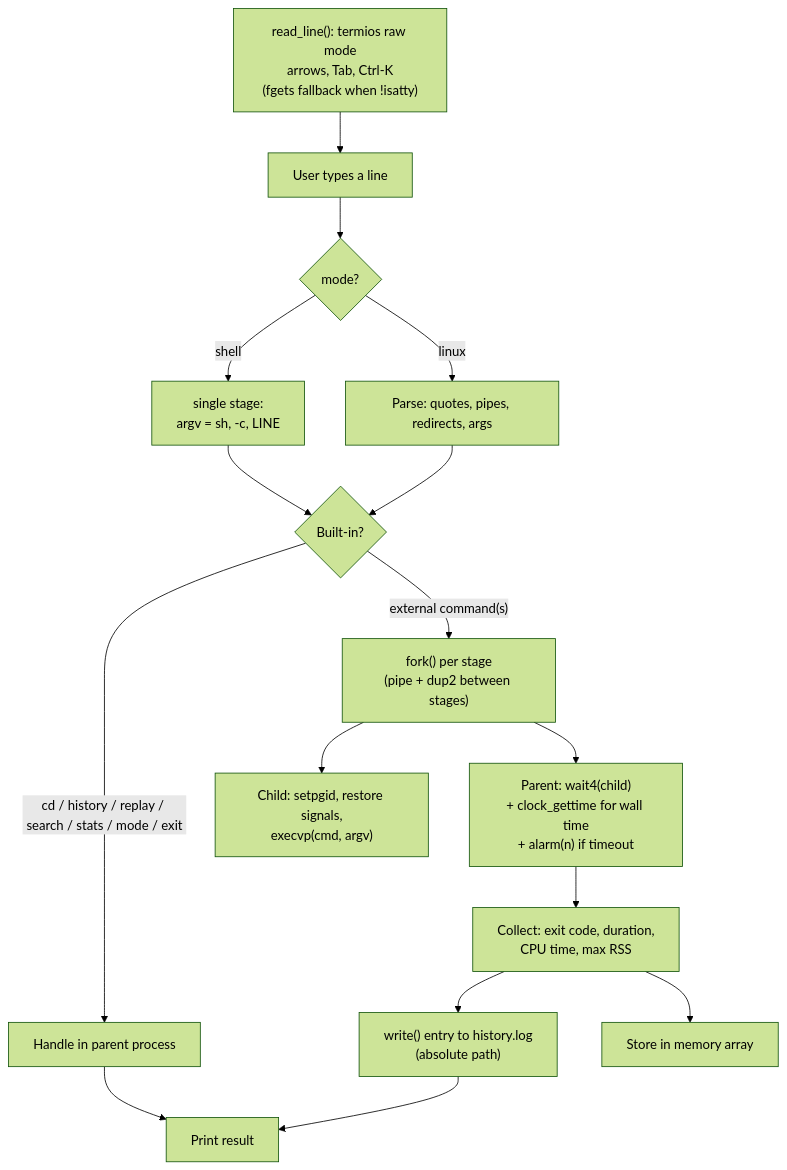
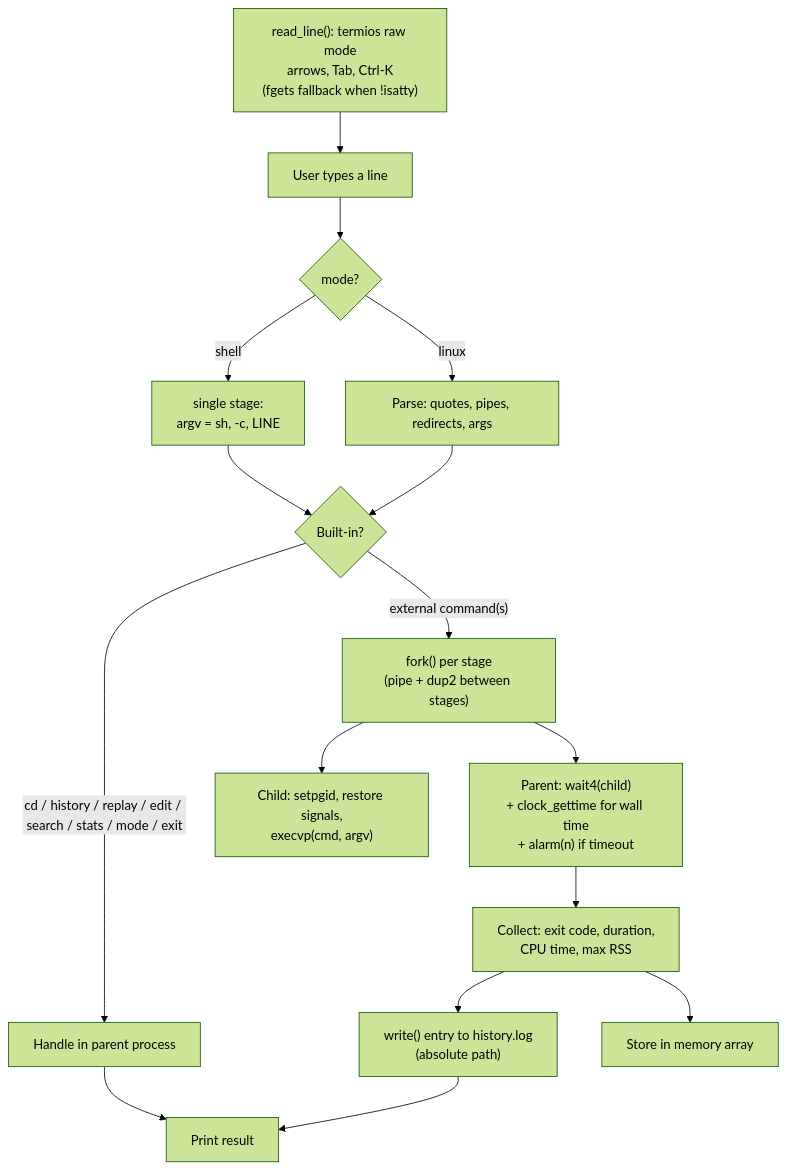
The first of 2 diagrams in Doc/command_history_replay_proposal.md (MammamiaPizza/ProjOS), drawn with Mermaid (forest theme) before and after one commit. The commit also changed other lines of this file and 6 other files, not shown here.

````diff
--- a/Doc/command_history_replay_proposal.md
+++ b/Doc/command_history_replay_proposal.md
@@ -191,18 +195,18 @@
 ```mermaid
 flowchart TD
     A0["read_line(): termios raw mode<br/>arrows, Tab, Ctrl-K<br/>(fgets fallback when !isatty)"] --> A[User types a line]
     A --> A1{"mode?"}
     A1 -- "shell" --> A2["single stage:<br/>argv = sh, -c, LINE"]
     A1 -- "linux" --> B[Parse: quotes, pipes, redirects, args]
     A2 --> C
     B --> C{Built-in?}
-    C -- "cd / history / replay / search / stats / mode / exit" --> D[Handle in parent process]
+    C -- "cd / history / replay / edit / search / stats / mode / exit" --> D[Handle in parent process]
     C -- "external command(s)" --> E["fork() per stage<br/>(pipe + dup2 between stages)"]
     E --> F["Child: setpgid, restore signals,<br/>execvp(cmd, argv)"]
     E --> G["Parent: wait4(child)<br/>+ clock_gettime for wall time<br/>+ alarm(n) if timeout"]
     G --> H["Collect: exit code, duration,<br/>CPU time, max RSS"]
     H --> I["write() entry to history.log<br/>(absolute path)"]
     H --> J[Store in memory array]
     D --> K[Print result]
     I --> K
 ```
````
